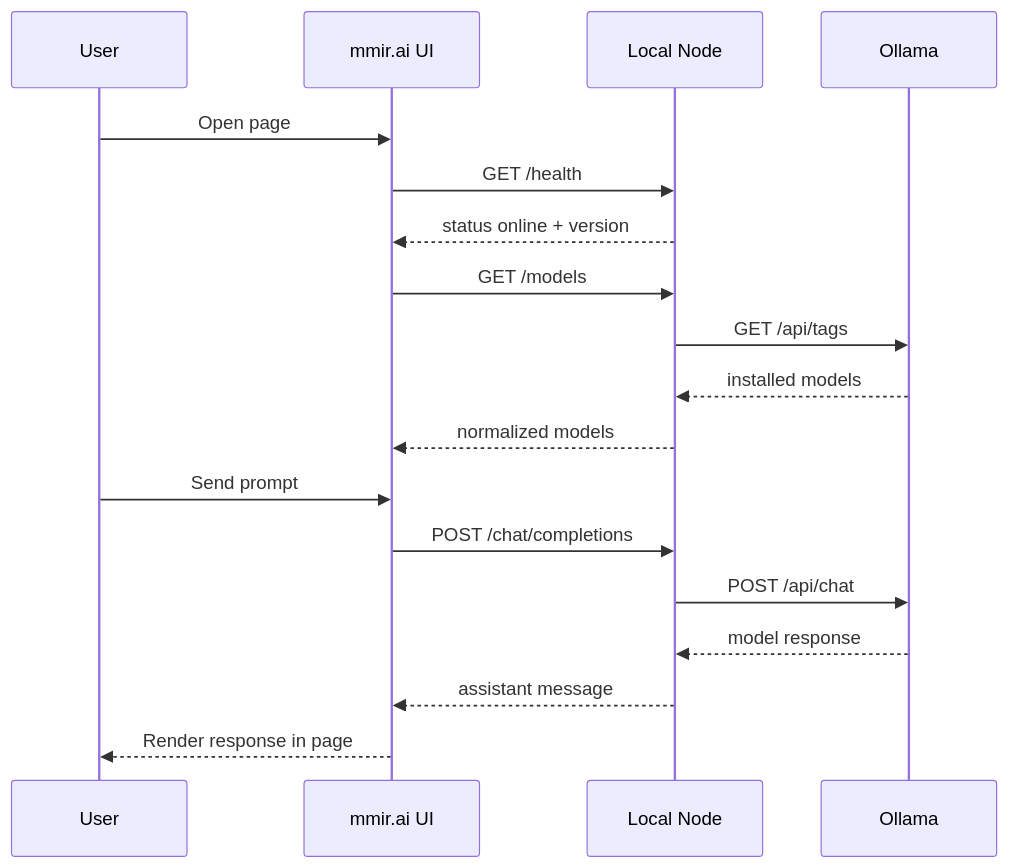
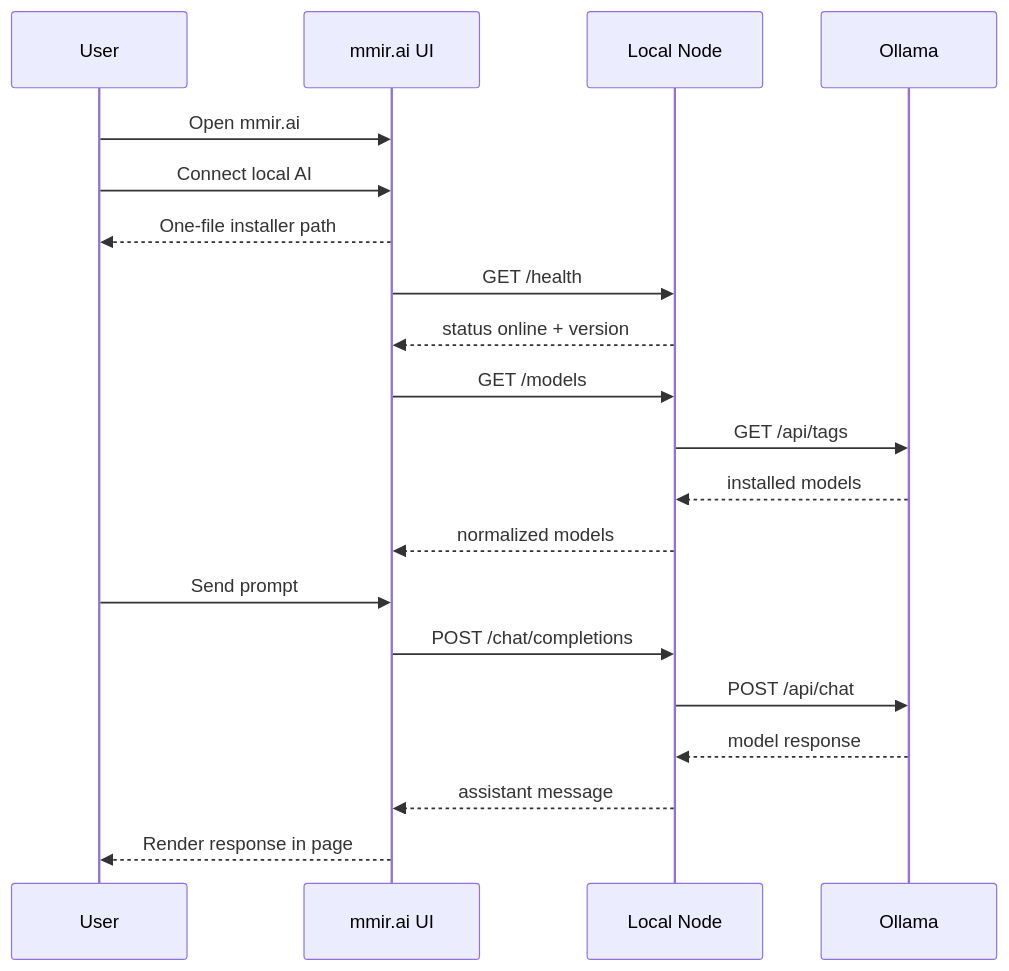
The third of 3 diagrams in docs/MMIR_ARCHITECTURE_BASELINE.md (inkognitroz/inkognitroz.github.io), drawn with Mermaid before and after one commit. The commit also changed other lines of this file, not shown here.

Commit message:
Align architecture baseline with control plane doctrine

````diff
--- a/docs/MMIR_ARCHITECTURE_BASELINE.md
+++ b/docs/MMIR_ARCHITECTURE_BASELINE.md
@@ -153,21 +159,23 @@
 ```mermaid
 sequenceDiagram
   participant U as User
   participant UI as mmir.ai UI
   participant N as Local Node
   participant O as Ollama
 
-  U->>UI: Open page
+  U->>UI: Open mmir.ai
+  U->>UI: Connect local AI
+  UI-->>U: One-file installer path
   UI->>N: GET /health
   N-->>UI: status online + version
   UI->>N: GET /models
   N->>O: GET /api/tags
   O-->>N: installed models
   N-->>UI: normalized models
   U->>UI: Send prompt
   UI->>N: POST /chat/completions
   N->>O: POST /api/chat
   O-->>N: model response
   N-->>UI: assistant message
   UI-->>U: Render response in page
 ```
````
